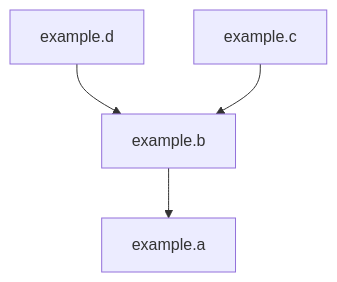
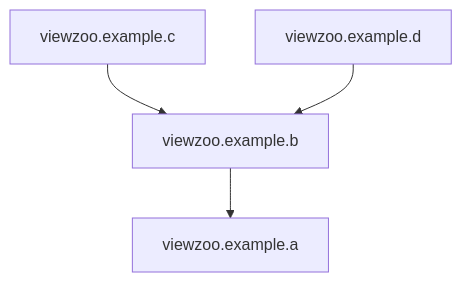
One commit to robfromboulder/viewmapper changed the first of 2 diagrams in README.md. Above: the diagram before and after it, drawn with Mermaid. The commit also changed other lines of this file and 2 other files, not shown here.

````diff
--- a/README.md
+++ b/README.md
@@ -39,11 +39,11 @@
 ```mermaid
 graph TD
-    node1["example.d"]
-    node2["example.c"]
-    node3["example.b"]
-    node4["example.a"]
+    node1["viewzoo.example.c"]
+    node2["viewzoo.example.d"]
+    node3["viewzoo.example.b"]
+    node4["viewzoo.example.a"]
 
     node1 --> node3
     node2 --> node3
     node3 --> node4
 ```
````
